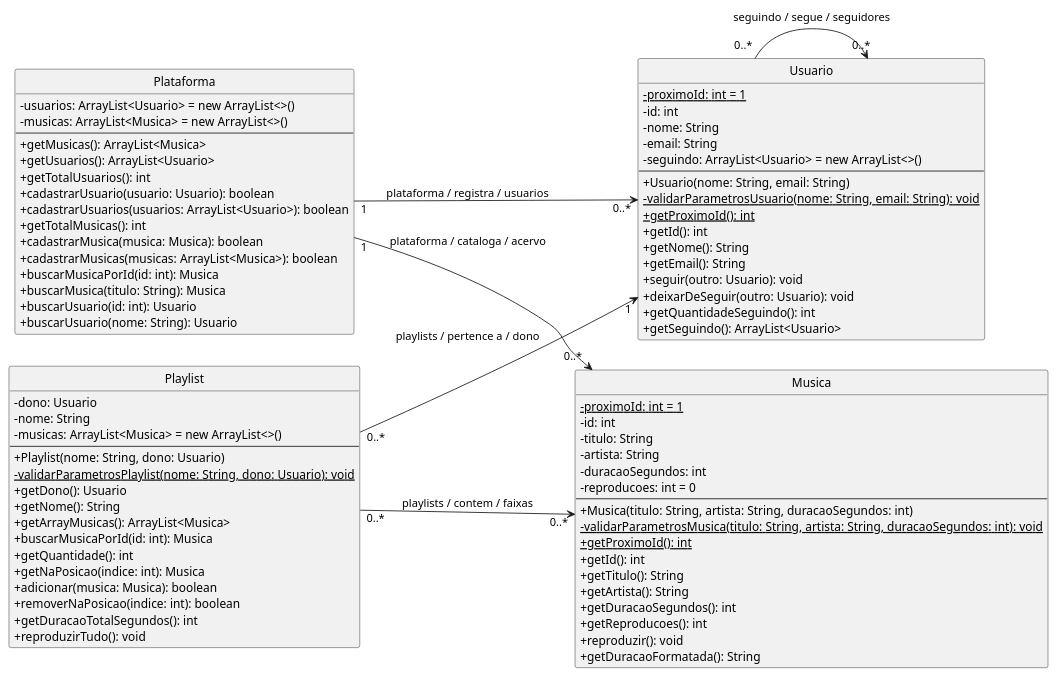
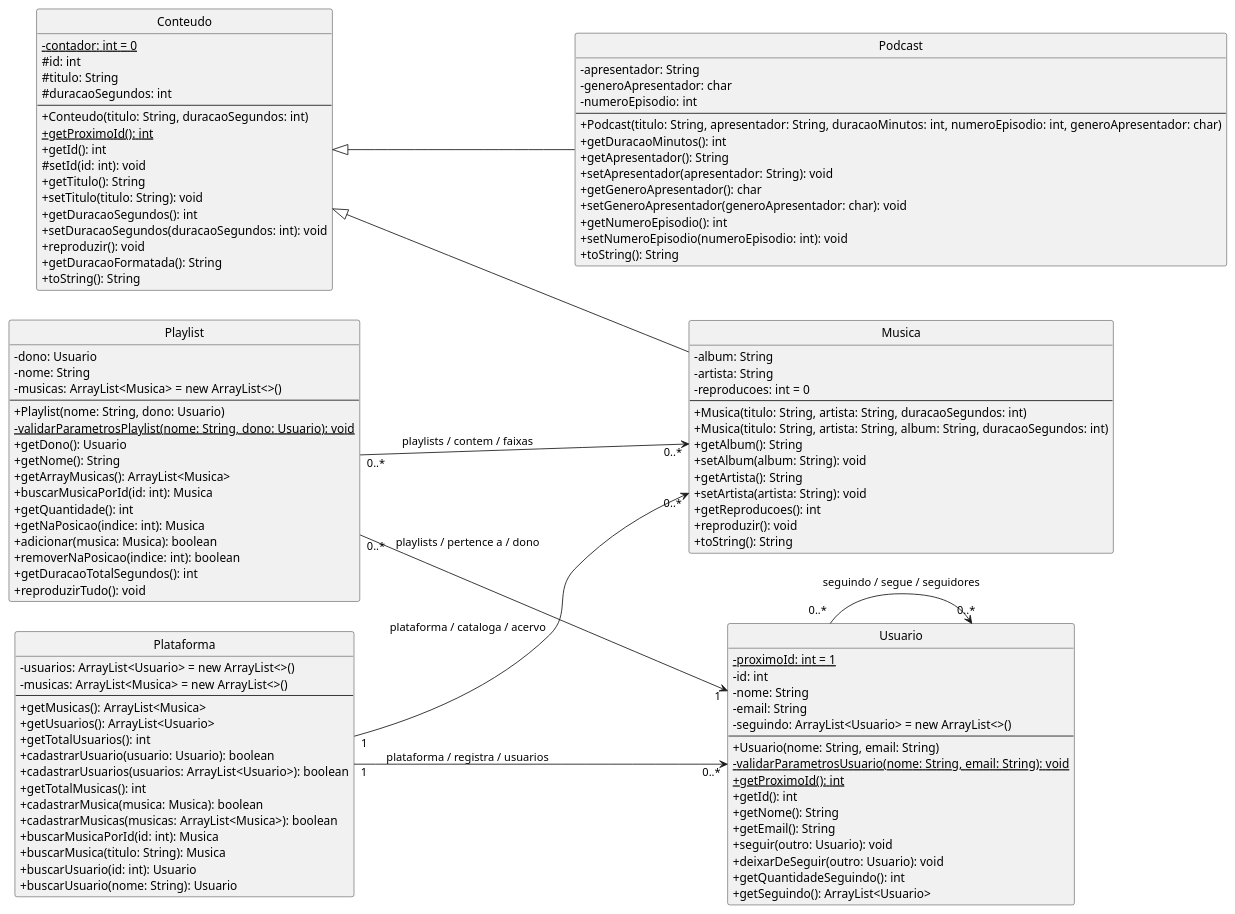
Before and after one commit to viictor-h-amaral/FaculBCC: the diagram in docs/pumls/diagrama_classes_com_relacionamentos.puml, drawn with PlantUML. The commit also changed 12 other files, not shown here.

Commit message:
diagrama de classes

```diff
--- a/docs/pumls/diagrama_classes_com_relacionamentos.puml
+++ b/docs/pumls/diagrama_classes_com_relacionamentos.puml
@@ -1,88 +1,119 @@
 @startuml
 skinparam classAttributeIconSize 0
 hide circle
 left to right direction
+
+class Conteudo {
+  -{static} contador: int = 0
+  #id: int
+  #titulo: String
+  #duracaoSegundos: int
+  --
+  +Conteudo(titulo: String, duracaoSegundos: int)
+  +{static} getProximoId(): int
+  +getId(): int
+  #setId(id: int): void
+  +getTitulo(): String
+  +setTitulo(titulo: String): void
+  +getDuracaoSegundos(): int
+  +setDuracaoSegundos(duracaoSegundos: int): void
+  +reproduzir(): void
+  +getDuracaoFormatada(): String
+  +toString(): String
+}
+
+class Musica extends Conteudo {
+  -album: String
+  -artista: String
+  -reproducoes: int = 0
+  --
+  +Musica(titulo: String, artista: String, duracaoSegundos: int)
+  +Musica(titulo: String, artista: String, album: String, duracaoSegundos: int)
+  +getAlbum(): String
+  +setAlbum(album: String): void
+  +getArtista(): String
+  +setArtista(artista: String): void
+  +getReproducoes(): int
+  +reproduzir(): void
+  +toString(): String
+}
+
+class Podcast extends Conteudo {
+  -apresentador: String
+  -generoApresentador: char
+  -numeroEpisodio: int
+  --
+  +Podcast(titulo: String, apresentador: String, duracaoMinutos: int, numeroEpisodio: int, generoApresentador: char)
+  +getDuracaoMinutos(): int
+  +getApresentador(): String
+  +setApresentador(apresentador: String): void
+  +getGeneroApresentador(): char
+  +setGeneroApresentador(generoApresentador: char): void
+  +getNumeroEpisodio(): int
+  +setNumeroEpisodio(numeroEpisodio: int): void
+  +toString(): String
+}
 
 class Plataforma {
   -usuarios: ArrayList<Usuario> = new ArrayList<>()
   -musicas: ArrayList<Musica> = new ArrayList<>()
   --
   +getMusicas(): ArrayList<Musica>
   +getUsuarios(): ArrayList<Usuario>
   +getTotalUsuarios(): int
   +cadastrarUsuario(usuario: Usuario): boolean
   +cadastrarUsuarios(usuarios: ArrayList<Usuario>): boolean
   +getTotalMusicas(): int
   +cadastrarMusica(musica: Musica): boolean
   +cadastrarMusicas(musicas: ArrayList<Musica>): boolean
   +buscarMusicaPorId(id: int): Musica
   +buscarMusica(titulo: String): Musica
   +buscarUsuario(id: int): Usuario
   +buscarUsuario(nome: String): Usuario
 }
 
 class Usuario {
   -{static} proximoId: int = 1
   -id: int
   -nome: String
   -email: String
   -seguindo: ArrayList<Usuario> = new ArrayList<>()
   --
   +Usuario(nome: String, email: String)
   -{static} validarParametrosUsuario(nome: String, email: String): void
   +{static} getProximoId(): int
   +getId(): int
   +getNome(): String
   +getEmail(): String
   +seguir(outro: Usuario): void
   +deixarDeSeguir(outro: Usuario): void
   +getQuantidadeSeguindo(): int
   +getSeguindo(): ArrayList<Usuario>
 }
 
 class Playlist {
   -dono: Usuario
   -nome: String
   -musicas: ArrayList<Musica> = new ArrayList<>()
   --
   +Playlist(nome: String, dono: Usuario)
   -{static} validarParametrosPlaylist(nome: String, dono: Usuario): void
   +getDono(): Usuario
   +getNome(): String
   +getArrayMusicas(): ArrayList<Musica>
   +buscarMusicaPorId(id: int): Musica
   +getQuantidade(): int
   +getNaPosicao(indice: int): Musica
   +adicionar(musica: Musica): boolean
   +removerNaPosicao(indice: int): boolean
   +getDuracaoTotalSegundos(): int
   +reproduzirTudo(): void
 }
 
-class Musica {
-  -{static} proximoId: int = 1
-  -id: int
-  -titulo: String
-  -artista: String
-  -duracaoSegundos: int
-  -reproducoes: int = 0
-  --
-  +Musica(titulo: String, artista: String, duracaoSegundos: int)
-  -{static} validarParametrosMusica(titulo: String, artista: String, duracaoSegundos: int): void
-  +{static} getProximoId(): int
-  +getId(): int
-  +getTitulo(): String
-  +getArtista(): String
-  +getDuracaoSegundos(): int
-  +getReproducoes(): int
-  +reproduzir(): void
-  +getDuracaoFormatada(): String
-}
-
 Plataforma "1" --> "0..*" Musica : plataforma / cataloga / acervo
 Plataforma "1" --> "0..*" Usuario : plataforma / registra / usuarios
 Playlist "0..*" --> "1" Usuario : playlists / pertence a / dono
 Playlist "0..*" --> "0..*" Musica : playlists / contem / faixas
 Usuario "0..*" --> "0..*" Usuario : seguindo / segue / seguidores
 
 @enduml
```
